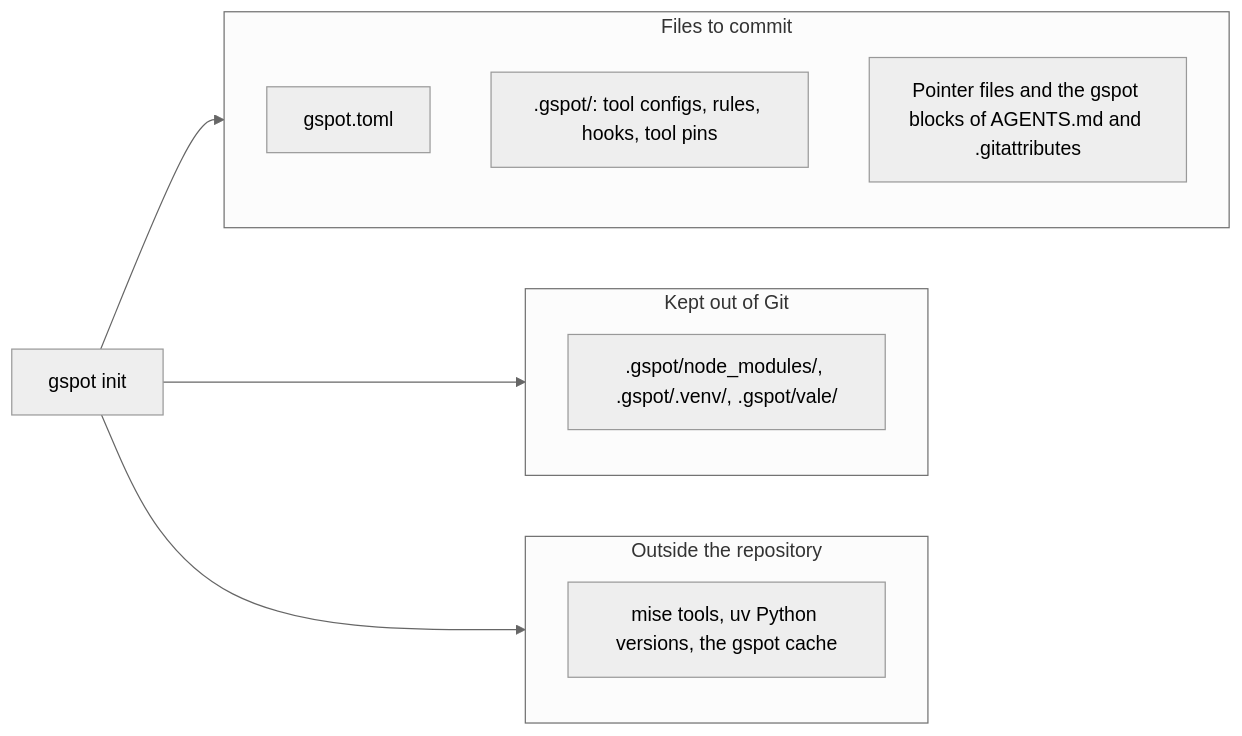
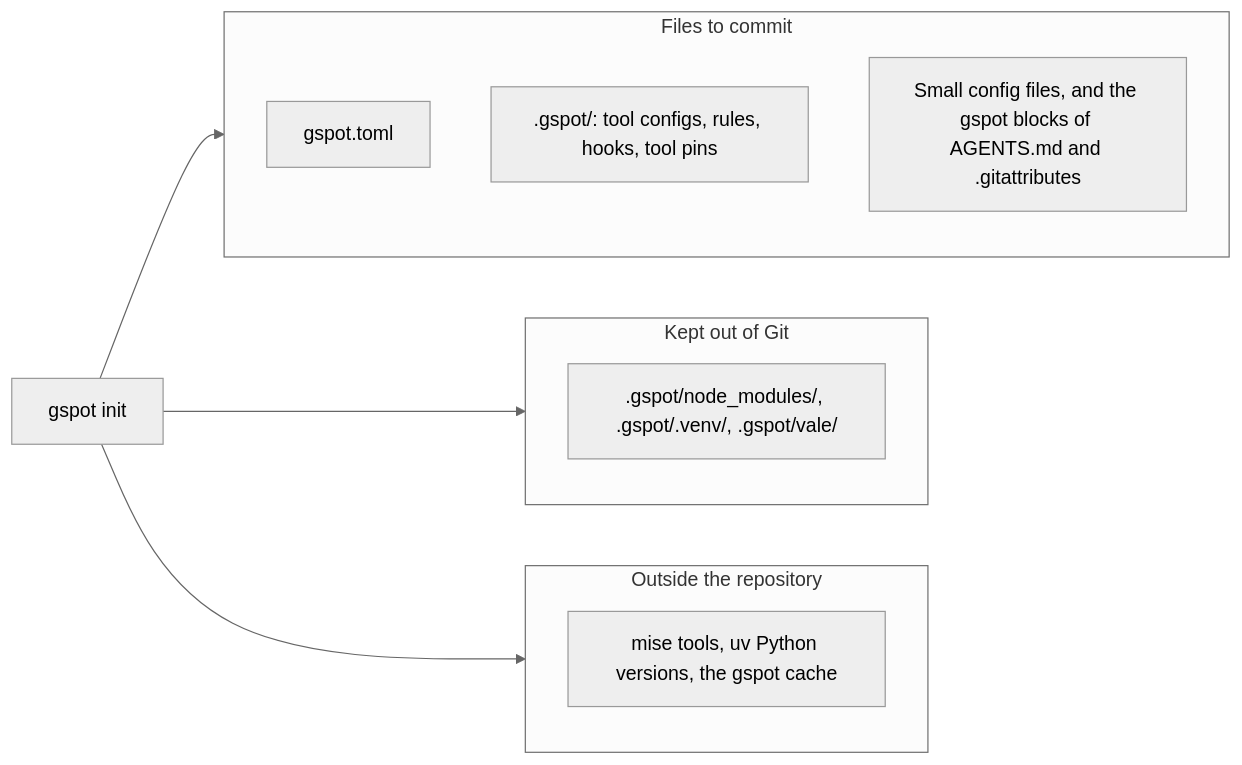
Before and after one commit to stefanionescu/gspot: the diagram in docs/src/content/docs/reference/generated-files.md, drawn with Mermaid (neutral theme). The commit also changed other lines of this file and 1 other file, not shown here.

````diff
--- a/docs/src/content/docs/reference/generated-files.md
+++ b/docs/src/content/docs/reference/generated-files.md
@@ -9,20 +9,20 @@
 ```mermaid
 flowchart LR
     accTitle: What gspot init writes
     accDescr: gspot init writes gspot.toml and generated files that you commit, installs tools into folders that Git ignores, and fills caches outside the repository.
     init["gspot init"]
     subgraph commit["Files to commit"]
         settings["gspot.toml"]
         folder[".gspot/: tool configs, rules, hooks, tool pins"]
-        outside["Pointer files and the gspot blocks of AGENTS.md and .gitattributes"]
+        outside["Small config files, and the gspot blocks of AGENTS.md and .gitattributes"]
     end
     subgraph ignored["Kept out of Git"]
         tools[".gspot/node_modules/, .gspot/.venv/, .gspot/vale/"]
     end
     subgraph machine["Outside the repository"]
         caches["mise tools, uv Python versions, the gspot cache"]
     end
     init --> commit
     init --> ignored
     init --> machine
 ```
````
